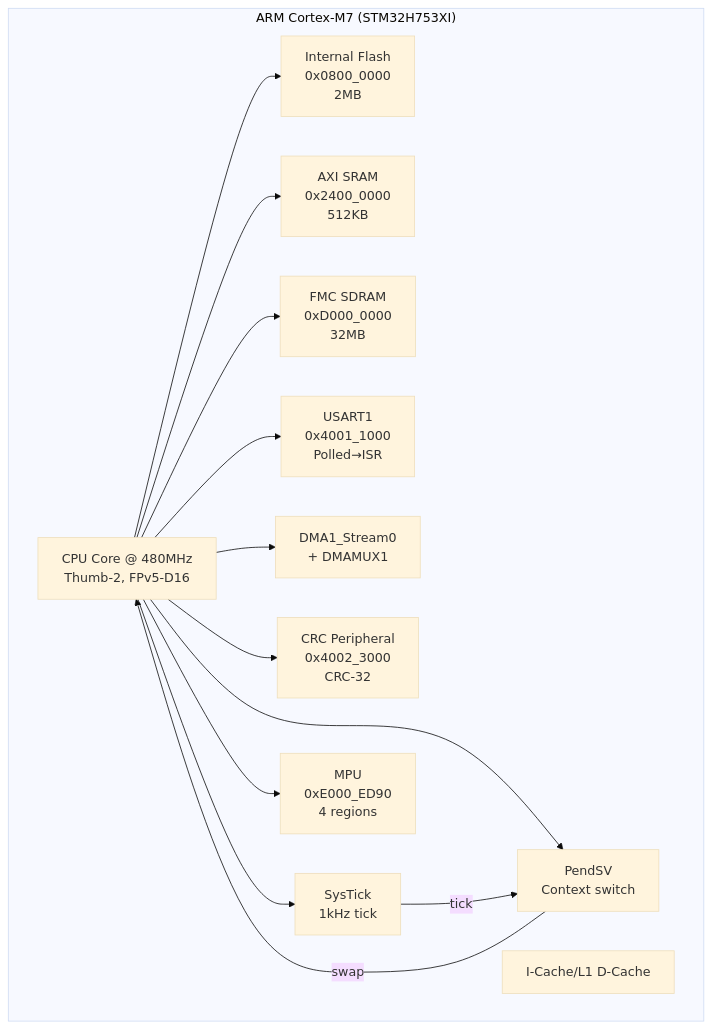
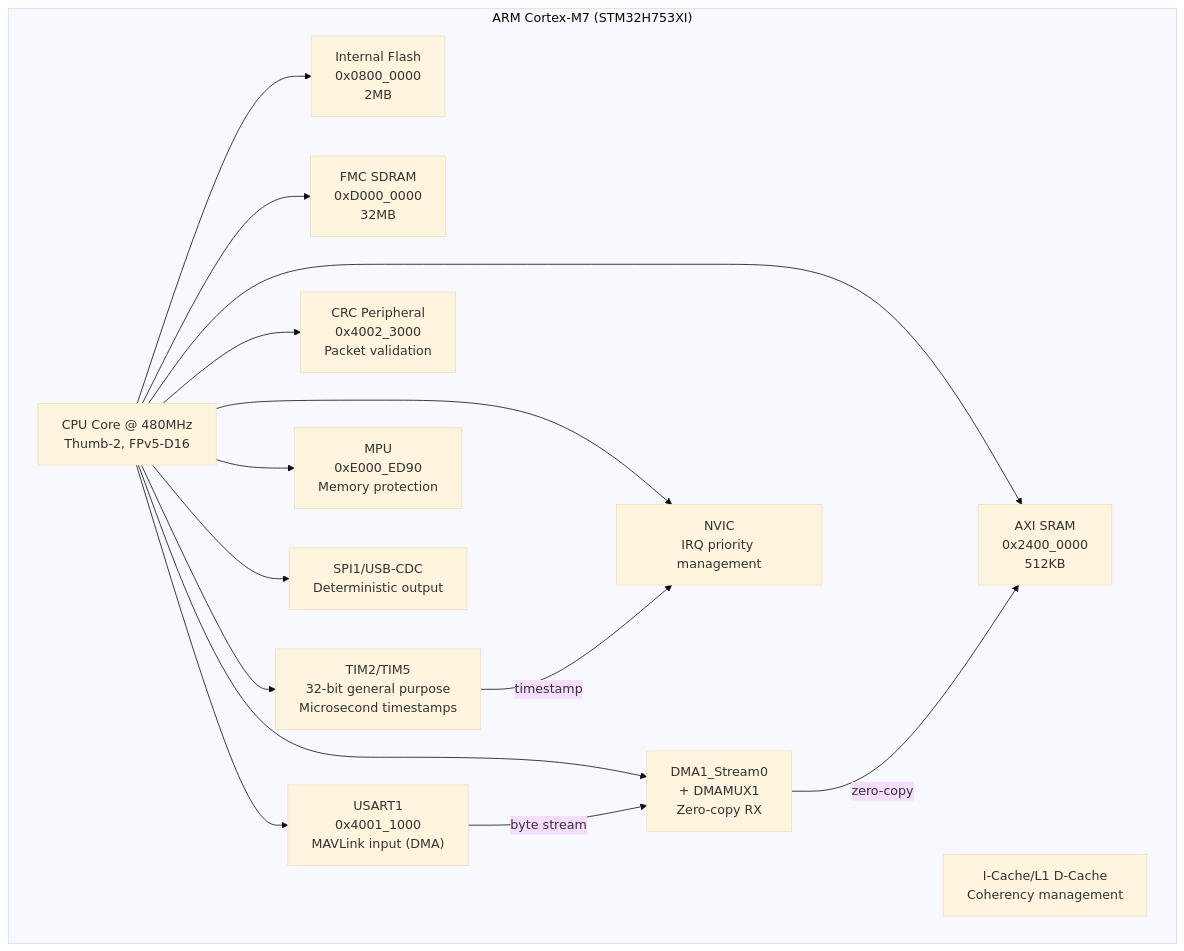
Before and after one commit to Ganeshkumara26/radar-inertial-georeferencer: the second of 3 diagrams in docs/architecture.md, drawn with Mermaid (base theme). The commit also changed other lines of this file and 215 other files, not shown here.

````diff
--- a/docs/architecture.md
+++ b/docs/architecture.md
@@ -7,29 +44,32 @@
 ```mermaid
 flowchart TD
     subgraph HW["ARM Cortex-M7 (STM32H753XI)"]
         CPU["CPU Core @ 480MHz<br/>Thumb-2, FPv5-D16"]
         FLASH["Internal Flash<br/>0x0800_0000<br/>2MB"]
         SRAM["AXI SRAM<br/>0x2400_0000<br/>512KB"]
         SDRAM["FMC SDRAM<br/>0xD000_0000<br/>32MB"]
 
-        USART["USART1<br/>0x4001_1000<br/>Polled→ISR"]
-        DMA["DMA1_Stream0<br/>+ DMAMUX1"]
-        HWCRC["CRC Peripheral<br/>0x4002_3000<br/>CRC-32"]
-        SYSTICK["SysTick<br/>1kHz tick"]
-        PENDSV["PendSV<br/>Context switch"]
-        MPU["MPU<br/>0xE000_ED90<br/>4 regions"]
-        ICache["I-Cache/L1 D-Cache"]
+        USART["USART1<br/>0x4001_1000<br/>MAVLink input (DMA)"]
+        DMA["DMA1_Stream0<br/>+ DMAMUX1<br/>Zero-copy RX"]
+        HWCRC["CRC Peripheral<br/>0x4002_3000<br/>Packet validation"]
+        TIMER["TIM2/TIM5<br/>32-bit general purpose<br/>Microsecond timestamps"]
+        NVIC["NVIC<br/>IRQ priority management"]
+        MPU["MPU<br/>0xE000_ED90<br/>Memory protection"]
+        ICache["I-Cache/L1 D-Cache<br/>Coherency management"]
+        SPI["SPI1/USB-CDC<br/>Deterministic output"]
     end
 
     CPU --> FLASH
     CPU --> SRAM
     CPU --> SDRAM
     CPU --> USART
     CPU --> DMA
     CPU --> HWCRC
-    CPU --> SYSTICK
-    CPU --> PENDSV
+    CPU --> TIMER
+    CPU --> NVIC
     CPU --> MPU
-    SYSTICK -->|tick| PENDSV
-    PENDSV -->|swap| CPU
+    CPU --> SPI
+    DMA -->|zero-copy| SRAM
+    TIMER -->|timestamp| NVIC
+    USART -->|byte stream| DMA
 ```
````
